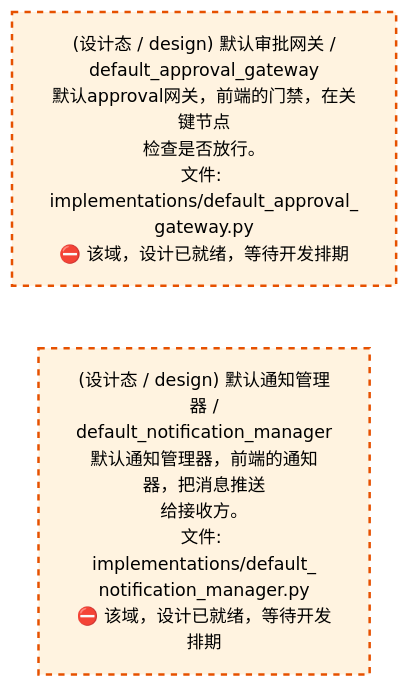
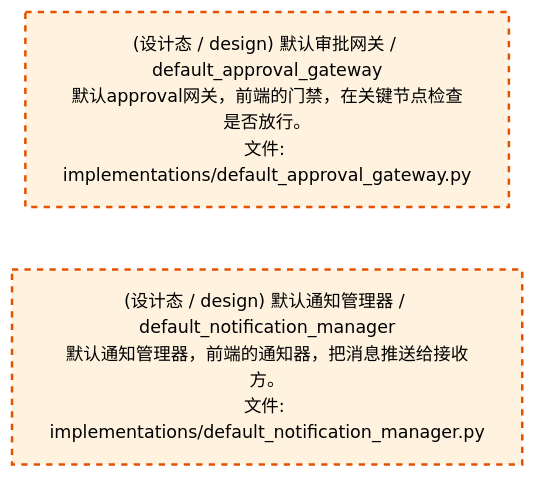
Before and after one commit to xuanFelixVan/ZephyrAlpha: the third of 4 diagrams in docs/02_enterprise_architecture/02_domain_architecture_docs/47_d_frontend.md, drawn with Mermaid. The commit also changed other lines of this file and 71 other files, not shown here.

````diff
--- a/docs/02_enterprise_architecture/02_domain_architecture_docs/47_d_frontend.md
+++ b/docs/02_enterprise_architecture/02_domain_architecture_docs/47_d_frontend.md
@@ -177,12 +177,12 @@
 ```mermaid
 %%{init: {'theme': 'base', 'themeVariables': {'primaryColor': '#eaeaea', 'primaryTextColor': '#333333', 'primaryBorderColor': '#666666', 'lineColor': '#666666', 'secondaryColor': '#eaeaea', 'tertiaryColor': '#eaeaea', 'fontSize': '14px'}}}%%
 flowchart TD
-    src_zephyr_frontend_implementations_default_approval_gateway_py["(设计态 / design) 默认审批网关 /<br/>default_approval_gateway<br/>默认approval网关，前端的门禁，在关键节点<br/>检查是否放行。<br/>文件: implementations/default_approval_<br/>gateway.py<br/>⛔ 该域，设计已就绪，等待开发排期"]
-    src_zephyr_frontend_implementations_default_notification_manager_py["(设计态 / design) 默认通知管理器 /<br/>default_notification_manager<br/>默认通知管理器，前端的通知器，把消息推送<br/>给接收方。<br/>文件: implementations/default_<br/>notification_manager.py<br/>⛔ 该域，设计已就绪，等待开发排期"]
+    src_zephyr_frontend_implementations_default_approval_gateway_py["(设计态 / design) 默认审批网关 / default_approval_gateway<br/>默认approval网关，前端的门禁，在关键节点检查是否放行。<br/>文件: implementations/default_approval_gateway.py"]
+    src_zephyr_frontend_implementations_default_notification_manager_py["(设计态 / design) 默认通知管理器 / default_notification_manager<br/>默认通知管理器，前端的通知器，把消息推送给接收方。<br/>文件: implementations/default_notification_manager.py"]
     src_zephyr_frontend_implementations_default_approval_gateway_py ~~~ src_zephyr_frontend_implementations_default_notification_manager_py
     classDef production fill:#e1f5fe,stroke:#01579b,stroke-width:2px,color:#000
     classDef design fill:#fff3e0,stroke:#e65100,stroke-width:2px,color:#000,stroke-dasharray: 5 5
     classDef external_prod fill:#e8f4fd,stroke:#0277bd,stroke-width:1px,color:#000
     classDef external_design fill:#fff8e7,stroke:#ef6c00,stroke-width:1px,color:#000,stroke-dasharray: 5 5
     class src_zephyr_frontend_implementations_default_approval_gateway_py,src_zephyr_frontend_implementations_default_notification_manager_py design
 ```
````
